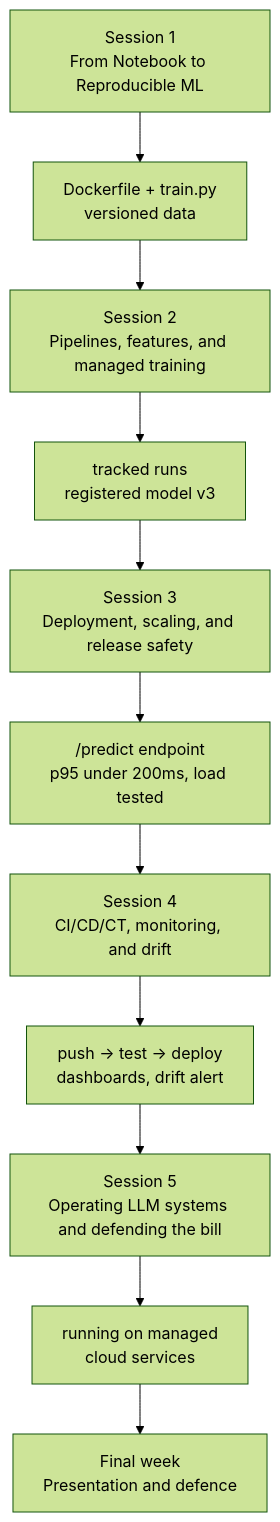
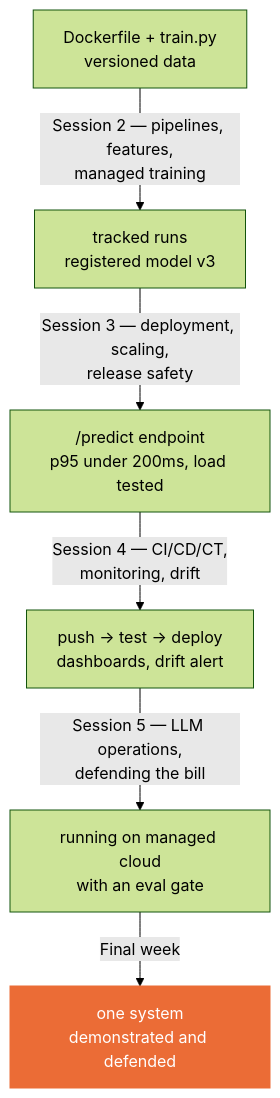
One commit to pasdptt/public_teaching_mlaiops changed the second of 2 diagrams in course/slides/course-deck.md. Above: the diagram before and after it, drawn with Mermaid (forest theme). The commit also changed other lines of this file and 2 other files, not shown here.

````diff
--- a/course/slides/course-deck.md
+++ b/course/slides/course-deck.md
@@ -87,13 +89,12 @@
 ```mermaid
 flowchart TD
-    S1["Session 1<br>From Notebook to Reproducible ML"] --> A1["Dockerfile + train.py<br>versioned data"]
-    A1 --> S2["Session 2<br>Pipelines, features, and managed training"]
-    S2 --> A2["tracked runs<br>registered model v3"]
-    A2 --> S3["Session 3<br>Deployment, scaling, and release safety"]
-    S3 --> A3["/predict endpoint<br>p95 under 200ms, load tested"]
-    A3 --> S4["Session 4<br>CI/CD/CT, monitoring, and drift"]
-    S4 --> A4["push → test → deploy<br>dashboards, drift alert"]
-    A4 --> S5["Session 5<br>Operating LLM systems and defending the bill"]
-    S5 --> A5["running on managed<br>cloud services"]
-    A5 --> P["Final week<br>Presentation and defence"]
+    A1["Dockerfile + train.py<br>versioned data"]
+    A1 -->|"Session 2 — pipelines, features,<br>managed training"| A2["tracked runs<br>registered model v3"]
+    A2 -->|"Session 3 — deployment, scaling,<br>release safety"| A3["/predict endpoint<br>p95 under 200ms, load tested"]
+    A3 -->|"Session 4 — CI/CD/CT,<br>monitoring, drift"| A4["push → test → deploy<br>dashboards, drift alert"]
+    A4 -->|"Session 5 — LLM operations,<br>defending the bill"| A5["running on managed cloud<br>with an eval gate"]
+    A5 -->|"Final week"| P["one system<br>demonstrated and defended"]
+
+    classDef focus fill:#eb6c36,stroke:#eb6c36,color:#ffffff
+    class P focus
 ```
````
